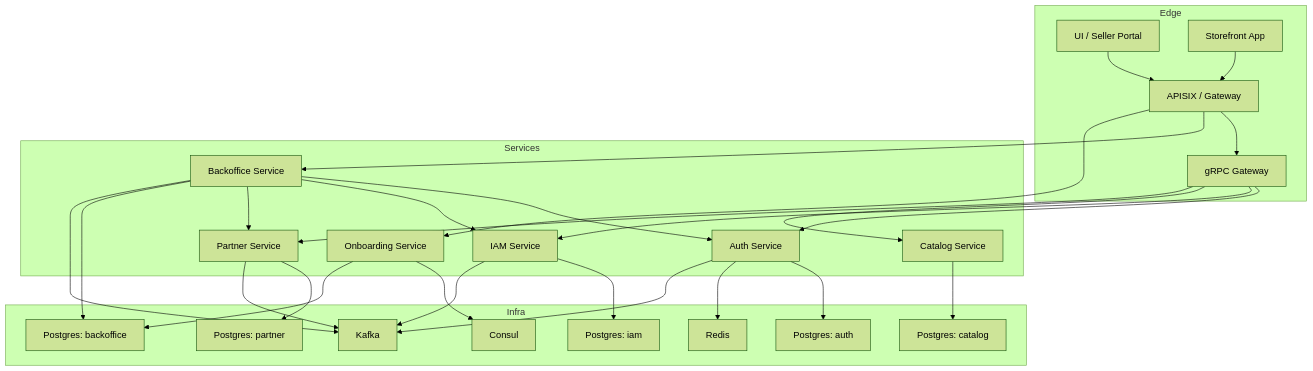
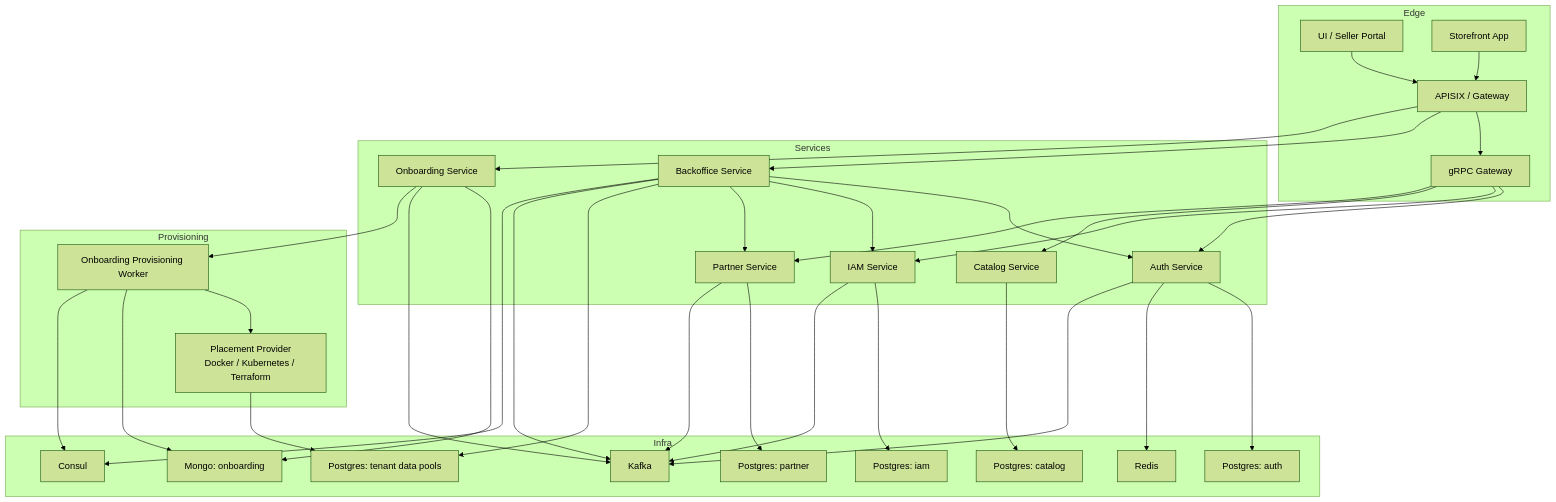
The diagram in docs/architecture/containers.md (tuannm99/podzone), drawn with Mermaid (forest theme) before and after one commit. The commit also changed other lines of this file and 28 other files, not shown here.

Commit message:
feat(vibe): update onboarding runtime infras docker local

````diff
--- a/docs/architecture/containers.md
+++ b/docs/architecture/containers.md
@@ -3,60 +3,72 @@
 ```mermaid
 flowchart TB
     subgraph Edge
         UI["UI / Seller Portal"]
         STOREFRONT["Storefront App"]
         APISIX["APISIX / Gateway"]
         GRPCGW["gRPC Gateway"]
     end
 
     subgraph Services
         AUTH["Auth Service"]
         IAM["IAM Service"]
         BACKOFFICE["Backoffice Service"]
         CATALOG["Catalog Service"]
         PARTNER["Partner Service"]
         ONBOARDING["Onboarding Service"]
     end
 
+    subgraph Provisioning
+        PROVWORKER["Onboarding Provisioning Worker"]
+        PROVIDER["Placement Provider\nDocker / Kubernetes / Terraform"]
+    end
+
     subgraph Infra
         AUTHDB["Postgres: auth"]
         IAMDB["Postgres: iam"]
-        BACKOFFICEDB["Postgres: backoffice"]
+        BACKOFFICEDB["Postgres: tenant data pools"]
         CATALOGDB["Postgres: catalog"]
         PARTNERDB["Postgres: partner"]
+        ONBOARDINGDB["Mongo: onboarding"]
         REDIS["Redis"]
         KAFKA["Kafka"]
         CONSUL["Consul"]
     end
 
     UI --> APISIX
     STOREFRONT --> APISIX
     APISIX --> GRPCGW
     APISIX --> BACKOFFICE
     APISIX --> ONBOARDING
 
     GRPCGW --> AUTH
     GRPCGW --> IAM
     GRPCGW --> CATALOG
     GRPCGW --> PARTNER
 
     BACKOFFICE --> AUTH
     BACKOFFICE --> IAM
     BACKOFFICE --> PARTNER
 
     AUTH --> AUTHDB
     AUTH --> REDIS
     AUTH --> KAFKA
 
     IAM --> IAMDB
     IAM --> KAFKA
 
     BACKOFFICE --> BACKOFFICEDB
     BACKOFFICE --> KAFKA
 
     CATALOG --> CATALOGDB
     PARTNER --> PARTNERDB
     PARTNER --> KAFKA
-    ONBOARDING --> CONSUL
-    ONBOARDING --> BACKOFFICEDB
+    ONBOARDING --> ONBOARDINGDB
+    ONBOARDING --> KAFKA
+    ONBOARDING --> PROVWORKER
+    PROVWORKER --> PROVIDER
+    PROVIDER --> BACKOFFICEDB
+    PROVWORKER --> ONBOARDINGDB
+    PROVWORKER --> CONSUL
+    BACKOFFICE --> CONSUL
 ```
````
